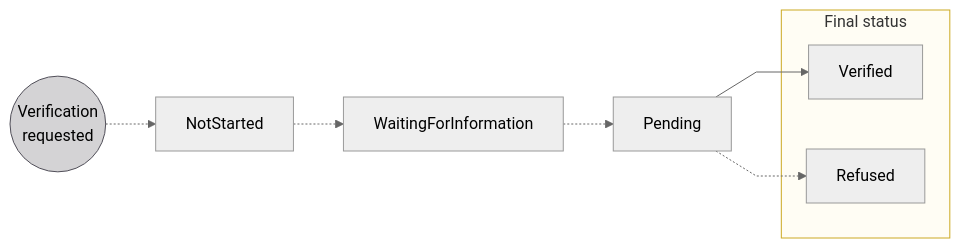
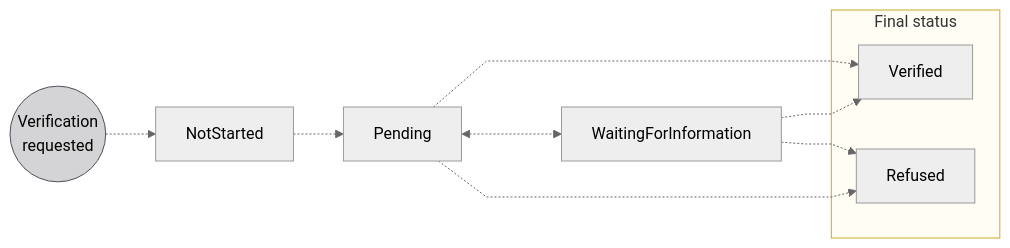
One commit to swan-io/docs changed the first of 2 diagrams in docs/topics/onboarding/account-holders/index.mdx. Above: the diagram before and after it, drawn with Mermaid (neutral theme).

Commit message:
DOC-430 update account holder verificatoin statuses

````diff
--- a/docs/topics/onboarding/account-holders/index.mdx
+++ b/docs/topics/onboarding/account-holders/index.mdx
@@ -58,15 +58,17 @@
 ```mermaid
 %%{ init: { 'flowchart': { 'curve': 'linear' } } }%%
 flowchart LR
     VR((Verification<br/>requested)) -.-> NS[NotStarted]
-    NS -.-> W[WaitingForInformation]
-    W -.-> P[Pending]
-    P --> V[Verified]
+    NS -.-> P[Pending]
+    P <-.-> W[WaitingForInformation]
+    P -...-> V[Verified]
+    W -.-> V[Verified]
+    W -.-> RF[Refused]
     P -.-> RF[Refused]
     subgraph F[Final status]
         V
         RF
     end
     style VR fill:#D4D3D5,stroke:#514F59
     style F fill:#fffdf4,stroke:#cca922
 ```
````
